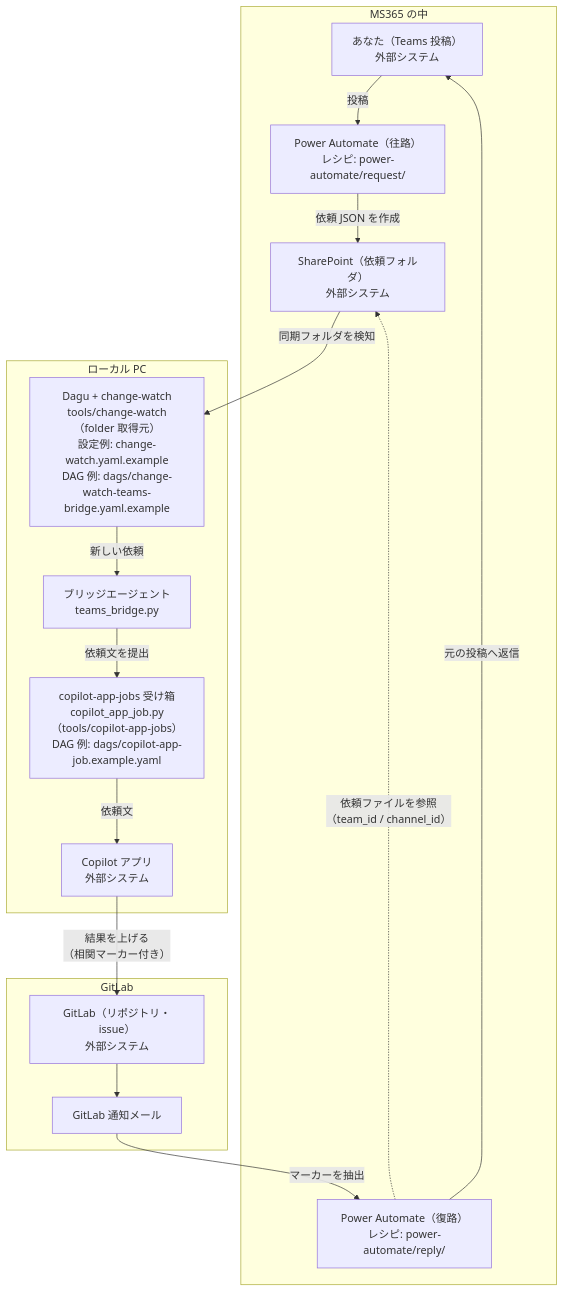
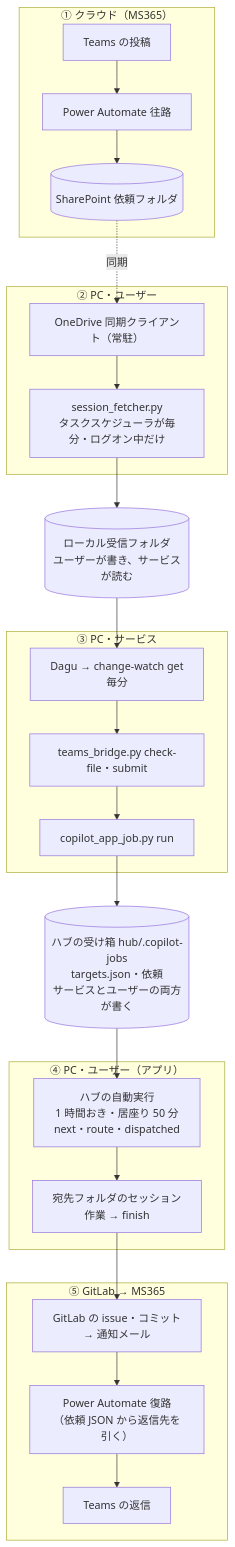
Before and after one commit to ynitto/sandbox: the diagram in docs/plans/2026-11-23-teams-sharepoint-bridge-design.md, drawn with Mermaid. The commit also changed other lines of this file and 2 other files, not shown here.

First line of the commit message:
teams-bridge: 設計書を今の形に合わせ、プログラムの実行主体を明記する

````diff
--- a/docs/plans/2026-11-23-teams-sharepoint-bridge-design.md
+++ b/docs/plans/2026-11-23-teams-sharepoint-bridge-design.md
@@ -23,31 +44,25 @@
 ```mermaid
 flowchart TB
-    subgraph ms365["MS365 の中"]
-        teams["あなた（Teams 投稿）<br/>外部システム"]
-        outbound["Power Automate（往路）<br/>レシピ: power-automate/request/"]
-        sharepoint["SharePoint（依頼フォルダ）<br/>外部システム"]
-        inbound["Power Automate（復路）<br/>レシピ: power-automate/reply/"]
-    end
-    subgraph localpc["ローカル PC"]
-        dagu["Dagu + change-watch<br/>tools/change-watch（folder 取得元）<br/>設定例: change-watch.yaml.example<br/>DAG 例: dags/change-watch-teams-bridge.yaml.example"]
-        bridge["ブリッジエージェント<br/>teams_bridge.py"]
-        inbox["copilot-app-jobs 受け箱<br/>copilot_app_job.py（tools/copilot-app-jobs）<br/>DAG 例: dags/copilot-app-job.example.yaml"]
-        copilot["Copilot アプリ<br/>外部システム"]
-    end
-    subgraph gitlabg["GitLab"]
-        gitlab["GitLab（リポジトリ・issue）<br/>外部システム"]
-        mail["GitLab 通知メール"]
-    end
+  subgraph CLOUD1["① クラウド（MS365）"]
+    T1["Teams の投稿"] --> PA1["Power Automate 往路"] --> SP[("SharePoint 依頼フォルダ")]
+  end
+  subgraph USER1["② PC・ユーザー"]
+    OD["OneDrive 同期クライアント（常駐）"] --> FE["session_fetcher.py<br/>タスクスケジューラが毎分・ログオン中だけ"]
+  end
+  IN[("ローカル受信フォルダ<br/>ユーザーが書き、サービスが読む")]
+  subgraph SVC["③ PC・サービス"]
+    CW["Dagu → change-watch get<br/>毎分"] --> BR["teams_bridge.py check-file・submit"] --> JOB["copilot_app_job.py run"]
+  end
+  BOX[("ハブの受け箱 hub/.copilot-jobs<br/>targets.json・依頼<br/>サービスとユーザーの両方が書く")]
+  subgraph USER2["④ PC・ユーザー（アプリ）"]
+    AUTO["ハブの自動実行<br/>1 時間おき・居座り 50 分<br/>next・route・dispatched"] --> SES["宛先フォルダのセッション<br/>作業 → finish"]
+  end
+  subgraph OUT["⑤ GitLab → MS365"]
+    GL["GitLab の issue・コミット<br/>→ 通知メール"] --> PA2["Power Automate 復路<br/>（依頼 JSON から返信先を引く）"] --> T2["Teams の返信"]
+  end
 
-    teams -->|"投稿"| outbound
-    outbound -->|"依頼 JSON を作成"| sharepoint
-    sharepoint -->|"同期フォルダを検知"| dagu
-    dagu -->|"新しい依頼"| bridge
-    bridge -->|"依頼文を提出"| inbox
-    inbox -->|"依頼文"| copilot
-    copilot -->|"結果を上げる<br/>（相関マーカー付き）"| gitlab
-    gitlab --> mail
-    mail -->|"マーカーを抽出"| inbound
-    inbound -.->|"依頼ファイルを参照<br/>（team_id / channel_id）"| sharepoint
-    inbound -->|"元の投稿へ返信"| teams
+  SP -. "同期" .-> OD
+  FE --> IN --> CW
+  JOB --> BOX --> AUTO
+  SES --> GL
 ```
````
